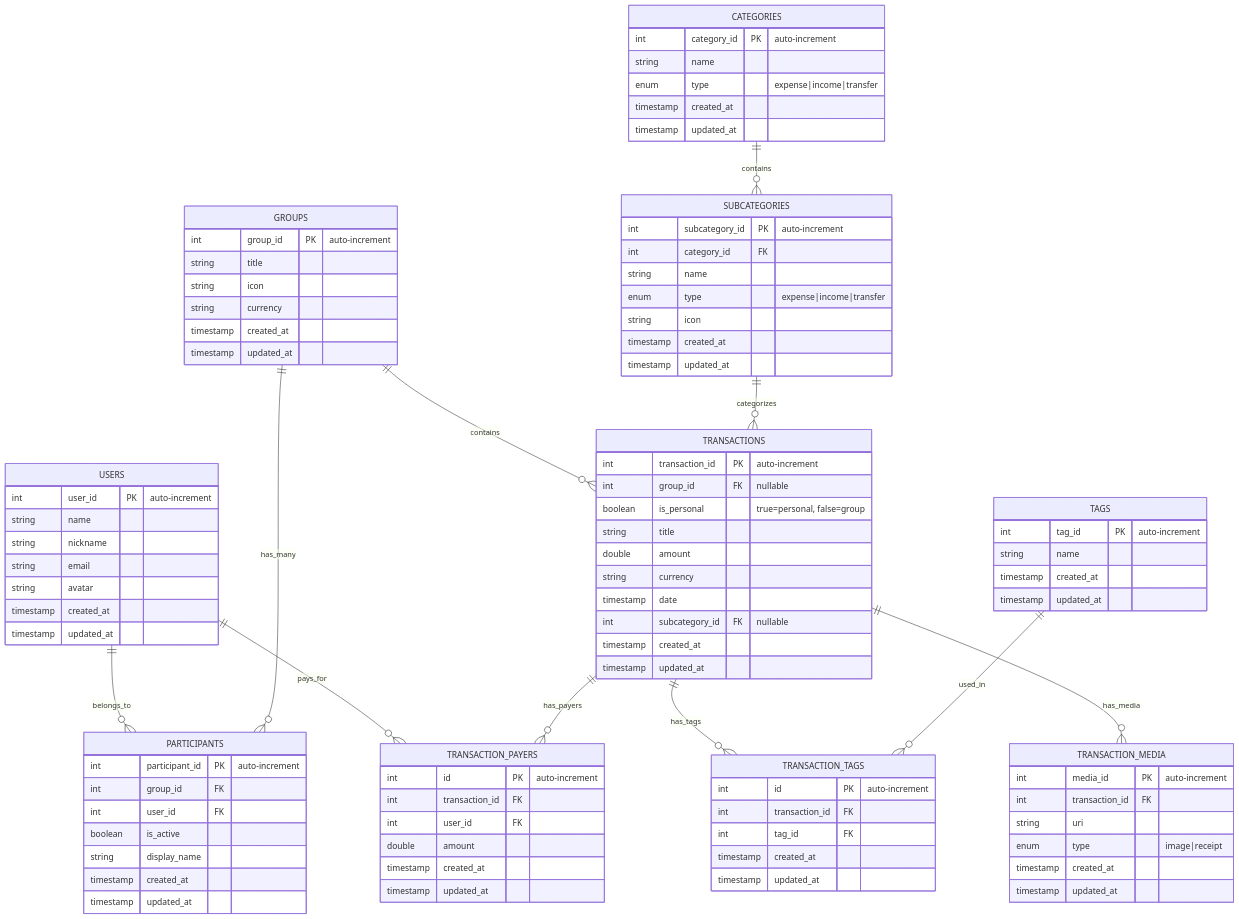
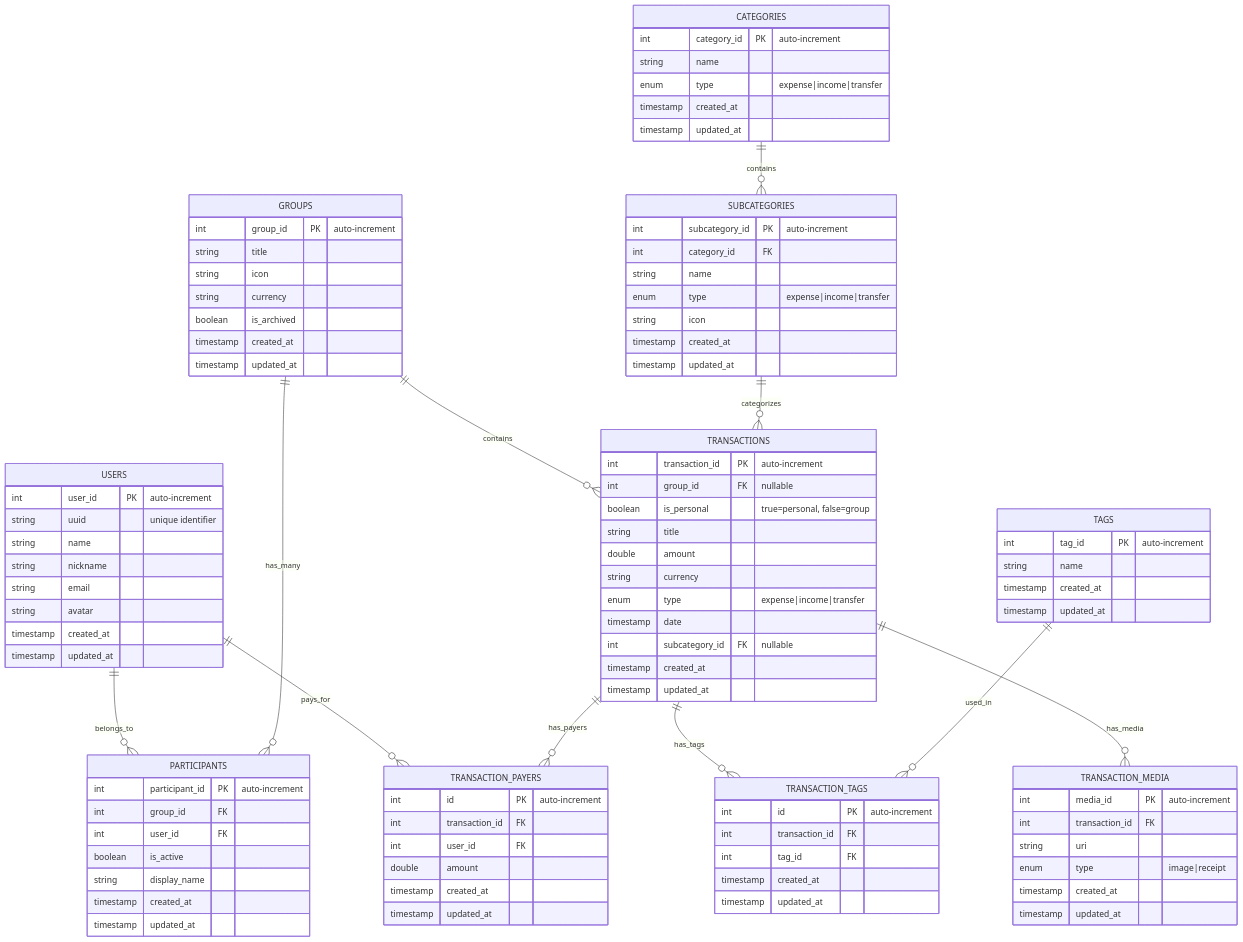
The diagram in docs/erd.md (jasonlam510/Scount), drawn with Mermaid before and after one commit. The commit also changed other lines of this file, not shown here.

Commit message:
feat: add UUID for use and is_archived for Groups

```diff
--- a/docs/erd.md
+++ b/docs/erd.md
@@ -13,6 +13,7 @@
     %% Users Entity
     USERS {
         int user_id PK "auto-increment"
+        string uuid "unique identifier"
         string name
         string nickname
         string email
@@ -27,6 +28,7 @@
         string title
         string icon
         string currency
+        boolean is_archived
         timestamp created_at
         timestamp updated_at
     }
@@ -78,6 +80,7 @@
         string title
         double amount
         string currency
+        enum type "expense|income|transfer"
         timestamp date
         int subcategory_id FK "nullable"
         timestamp created_at
```
